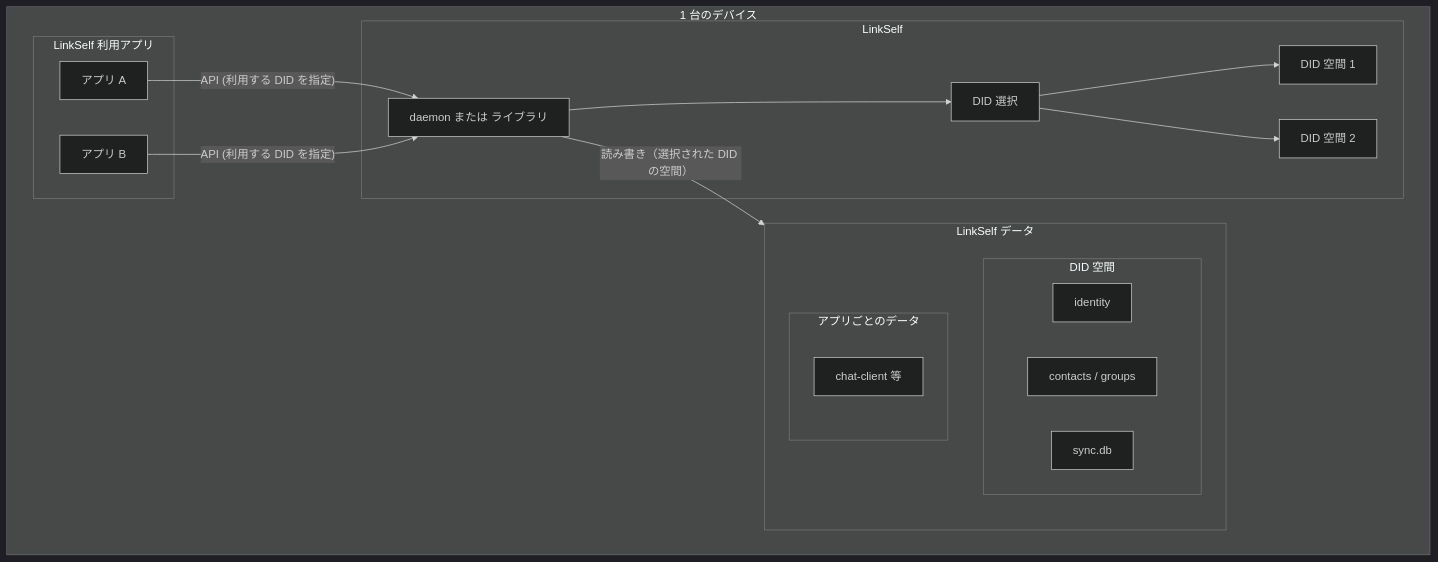
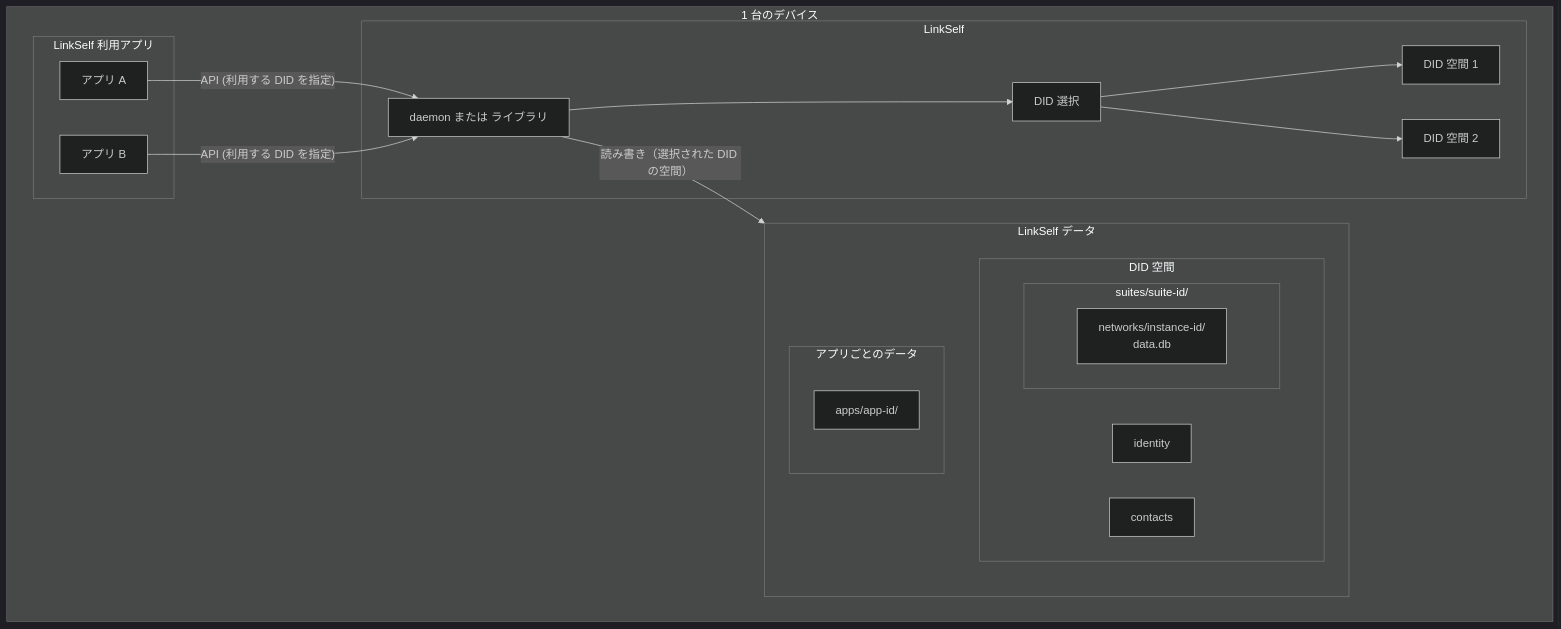
Before and after one commit to SeijiShii/link-self: the diagram in docs/linkself-data-persistence-plan.md, drawn with Mermaid (dark theme). The commit also changed other lines of this file and 8 other files, not shown here.

````diff
--- a/docs/linkself-data-persistence-plan.md
+++ b/docs/linkself-data-persistence-plan.md
@@ -64,28 +66,30 @@
 ```mermaid
 flowchart TB
   subgraph device [1 台のデバイス]
     subgraph apps [LinkSelf 利用アプリ]
       AppA[アプリ A]
       AppB[アプリ B]
     end
     subgraph linkself [LinkSelf]
       Daemon[daemon または ライブラリ]
       Daemon --> SelectDID[DID 選択]
       SelectDID --> DID1[DID 空間 1]
       SelectDID --> DID2[DID 空間 2]
     end
     subgraph linkself_data [LinkSelf データ]
       subgraph did_space1 [DID 空間]
         Identity[identity]
-        Contacts[contacts / groups]
-        SyncDB[sync.db]
+        Contacts[contacts]
+        subgraph suite [suites/suite-id/]
+          Network[networks/instance-id/<br/>data.db]
+        end
       end
       subgraph app_data [アプリごとのデータ]
-        AppDataA[chat-client 等]
+        AppDataA[apps/app-id/]
       end
     end
   end
   AppA -->|"API (利用する DID を指定)"| Daemon
   AppB -->|"API (利用する DID を指定)"| Daemon
   Daemon -->|"読み書き（選択された DID の空間）"| linkself_data
 ```
````
